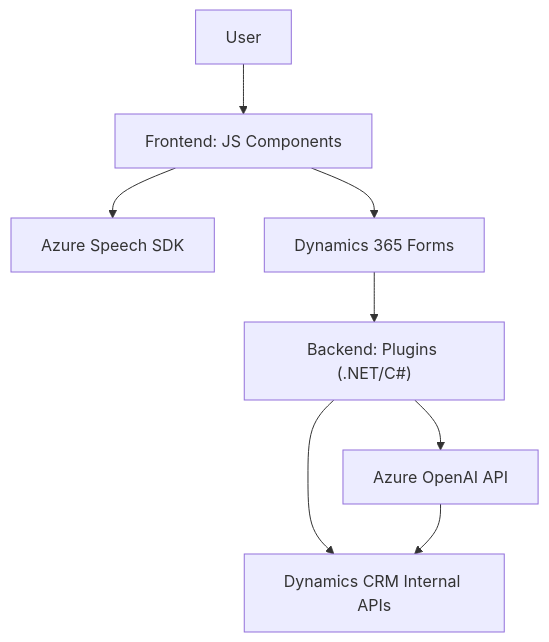
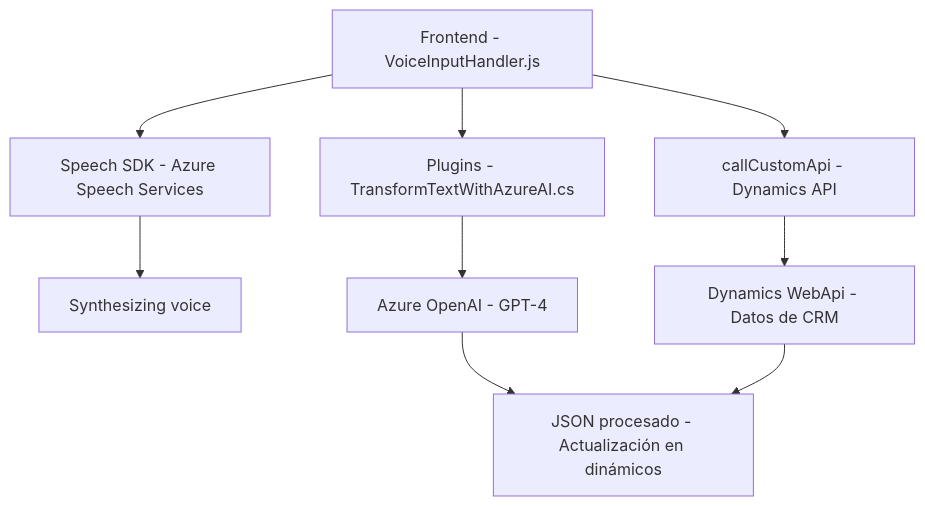
The diagram in README.md (blopezdm/NETCORE_BILBAO2025), drawn with Mermaid before and after one commit. The commit also changed other lines of this file, not shown here.

````diff
--- a/README.md
+++ b/README.md
@@ -61,10 +56,11 @@
 ```mermaid
 graph TD
-    A["User"] --> B["Frontend: JS Components"]
-    B --> C["Azure Speech SDK"]
-    B --> D["Dynamics 365 Forms"]
-    D --> E["Backend: Plugins (.NET/C#)"]
-    E --> F["Azure OpenAI API"]
-    E --> G["Dynamics CRM Internal APIs"]
-    F --> G
+    A["Frontend - VoiceInputHandler.js"] --> B["Speech SDK - Azure Speech Services"]
+    A --> C["callCustomApi - Dynamics API"]
+    B --> E["Synthesizing voice"]
+    A --> D["Plugins - TransformTextWithAzureAI.cs"]
+    D --> F["Azure OpenAI - GPT-4"]
+    C --> G["Dynamics WebApi - Datos de CRM"]
+    F --> H["JSON procesado - Actualización en dinámicos"]
+    G --> H
 ```
````
